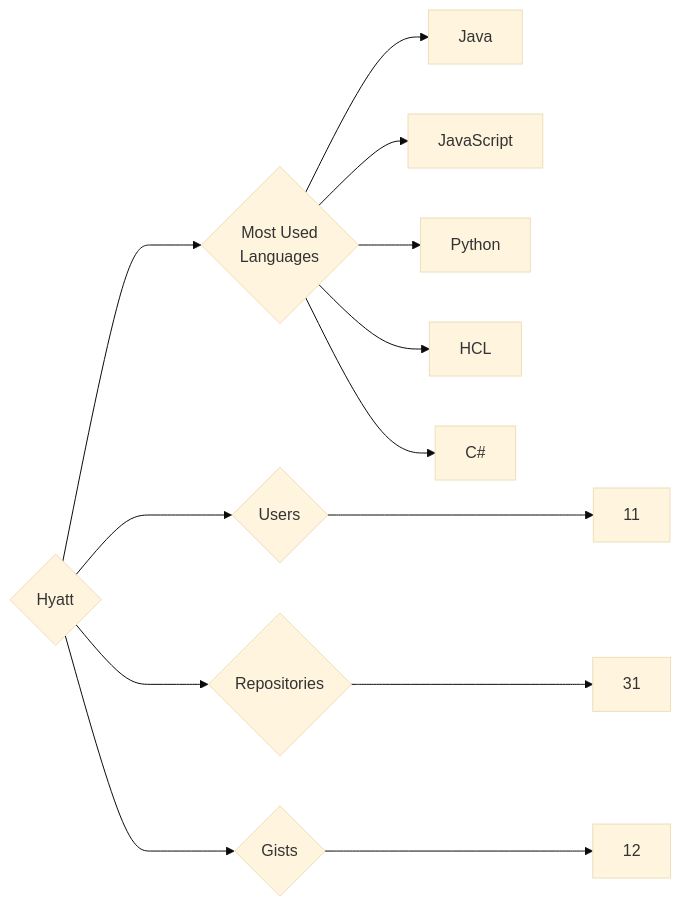
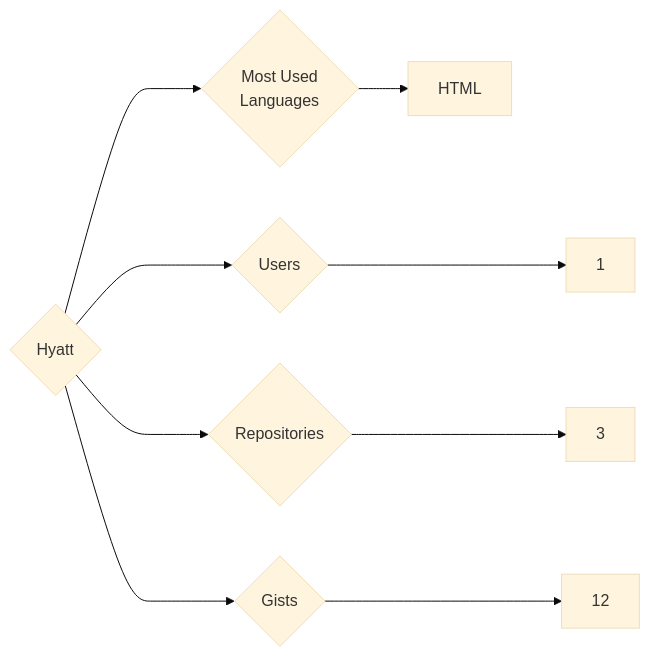
One commit to trickest/insiders changed the diagram in targets/Hyatt/README.md. Above: the diagram before and after it, drawn with Mermaid (base theme). The commit also changed 745 other files, not shown here.

````diff
--- a/targets/Hyatt/README.md
+++ b/targets/Hyatt/README.md
@@ -3,13 +3,9 @@
 ```mermaid
 graph LR
 COMPANY_NAME{Hyatt}
-COMPANY_NAME ---> U{Users} ---> UN[11]
-COMPANY_NAME ---> R{Repositories} ---> RN[31]
+COMPANY_NAME ---> U{Users} ---> UN[1]
+COMPANY_NAME ---> R{Repositories} ---> RN[3]
 COMPANY_NAME ---> G{Gists} ---> GN[12]
 COMPANY_NAME ---> ML{Most Used<br>Languages}
-ML --> Java[Java]
-ML --> JavaScript[JavaScript]
-ML --> Python[Python]
-ML --> HCL[HCL]
-ML --> C#[C#]
+ML --> HTML[HTML]
 ```
````
